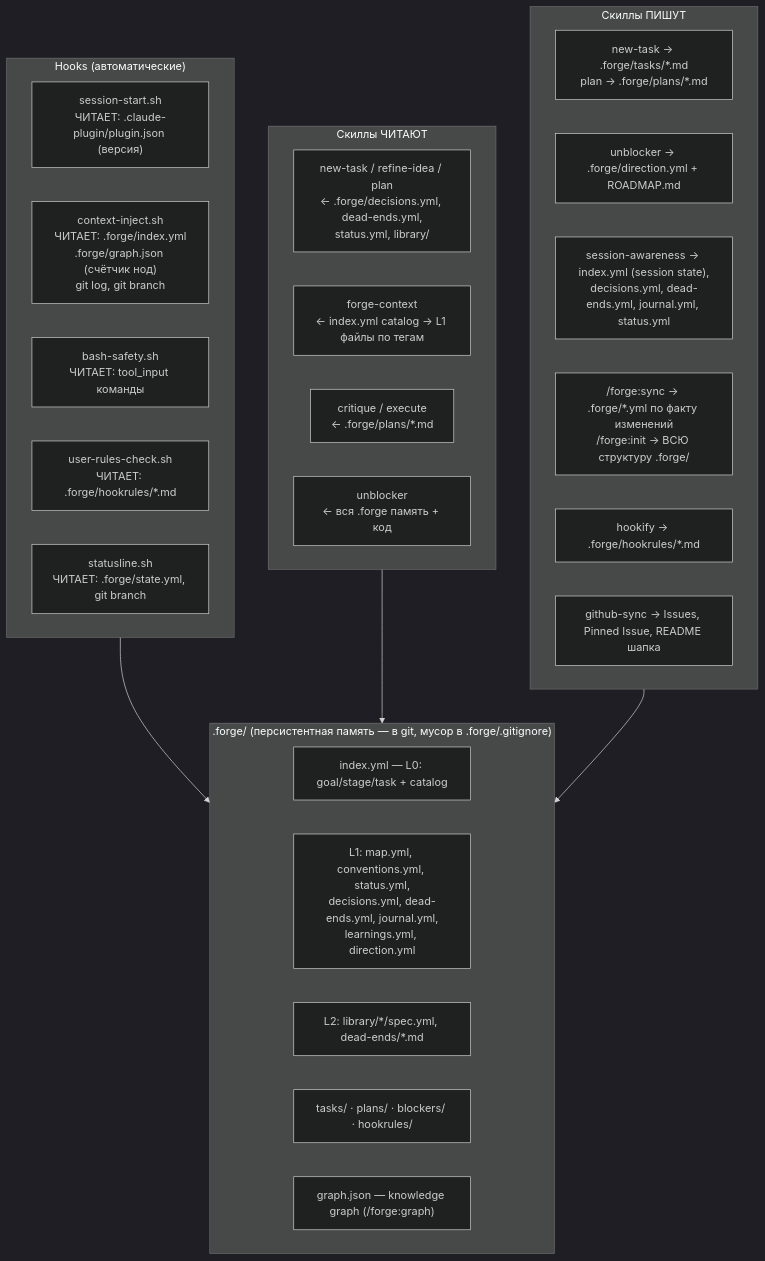
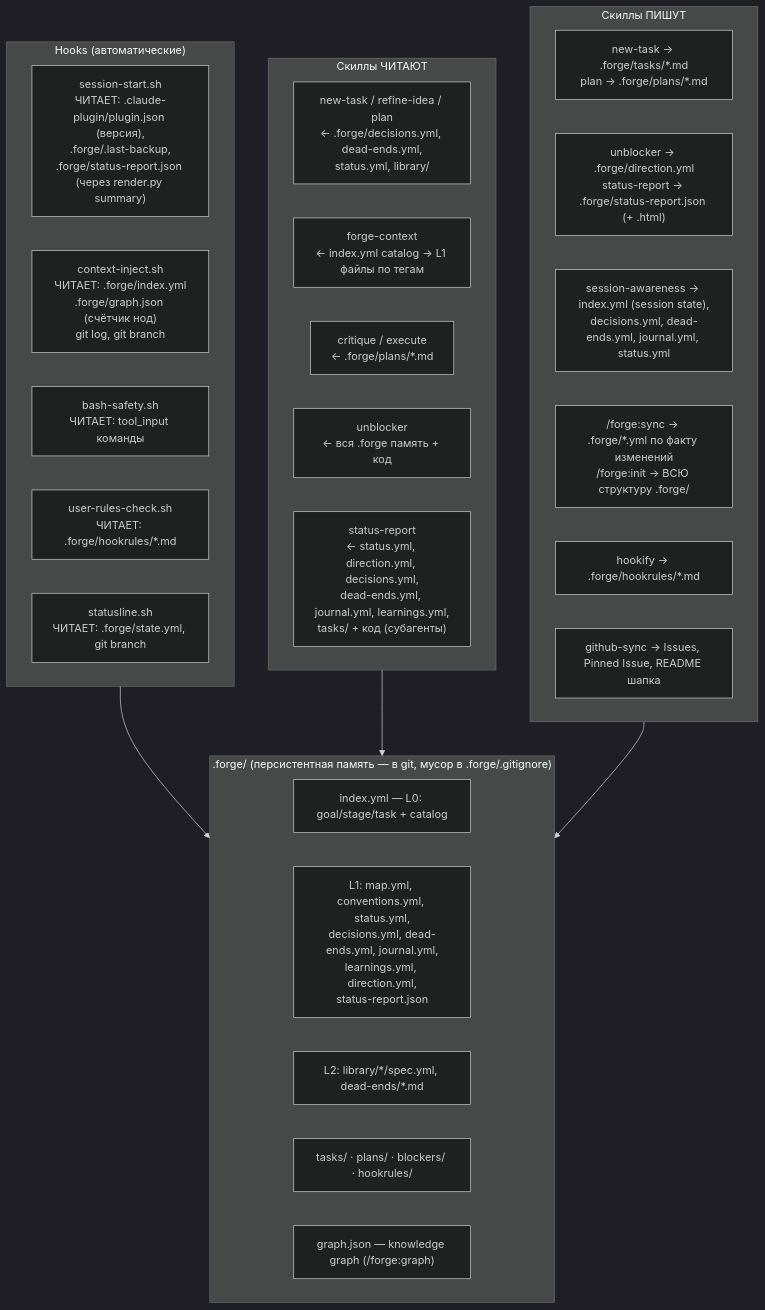
The fourth of 4 diagrams in forge-plugin/docs/forge-runtime-flow.md (anton-ai5010/forge), drawn with Mermaid (dark theme) before and after one commit. The commit also changed other lines of this file and 47 other files, not shown here.

````diff
--- a/forge-plugin/docs/forge-runtime-flow.md
+++ b/forge-plugin/docs/forge-runtime-flow.md
@@ -184,38 +189,39 @@
 ```mermaid
 flowchart TB
     subgraph HOOKS["Hooks (автоматические)"]
-        H1["session-start.sh<br/>ЧИТАЕТ: .claude-plugin/plugin.json (версия)"]
+        H1["session-start.sh<br/>ЧИТАЕТ: .claude-plugin/plugin.json (версия),<br/>.forge/.last-backup,<br/>.forge/status-report.json (через render.py summary)"]
         H2["context-inject.sh<br/>ЧИТАЕТ: .forge/index.yml<br/>.forge/graph.json (счётчик нод)<br/>git log, git branch"]
         H3["bash-safety.sh<br/>ЧИТАЕТ: tool_input команды"]
         H4["user-rules-check.sh<br/>ЧИТАЕТ: .forge/hookrules/*.md"]
         H5["statusline.sh<br/>ЧИТАЕТ: .forge/state.yml, git branch"]
     end
 
     subgraph SKILLS_READ["Скиллы ЧИТАЮТ"]
         SR1["new-task / refine-idea / plan<br/>← .forge/decisions.yml, dead-ends.yml,<br/>status.yml, library/"]
         SR2["forge-context<br/>← index.yml catalog → L1 файлы по тегам"]
         SR3["critique / execute<br/>← .forge/plans/*.md"]
         SR4["unblocker<br/>← вся .forge память + код"]
+        SR5["status-report<br/>← status.yml, direction.yml, decisions.yml,<br/>dead-ends.yml, journal.yml, learnings.yml,<br/>tasks/ + код (субагенты)"]
     end
 
     subgraph SKILLS_WRITE["Скиллы ПИШУТ"]
         SW1["new-task → .forge/tasks/*.md<br/>plan → .forge/plans/*.md"]
-        SW2["unblocker → .forge/direction.yml + ROADMAP.md"]
+        SW2["unblocker → .forge/direction.yml<br/>status-report → .forge/status-report.json (+ .html)"]
         SW3["session-awareness → index.yml (session state),<br/>decisions.yml, dead-ends.yml, journal.yml, status.yml"]
         SW4["/forge:sync → .forge/*.yml по факту изменений<br/>/forge:init → ВСЮ структуру .forge/"]
         SW5["hookify → .forge/hookrules/*.md"]
         SW6["github-sync → Issues, Pinned Issue, README шапка"]
     end
 
     subgraph DOCS[".forge/ (персистентная память — в git, мусор в .forge/.gitignore)"]
         D1["index.yml — L0: goal/stage/task + catalog"]
-        D2["L1: map.yml, conventions.yml, status.yml,<br/>decisions.yml, dead-ends.yml, journal.yml,<br/>learnings.yml, direction.yml"]
+        D2["L1: map.yml, conventions.yml, status.yml,<br/>decisions.yml, dead-ends.yml, journal.yml,<br/>learnings.yml, direction.yml,<br/>status-report.json"]
         D3["L2: library/*/spec.yml, dead-ends/*.md"]
         D4["tasks/ · plans/ · blockers/ · hookrules/"]
         D5["graph.json — knowledge graph (/forge:graph)"]
     end
 
     HOOKS --> DOCS
     SKILLS_READ --> DOCS
     SKILLS_WRITE --> DOCS
 ```
````
